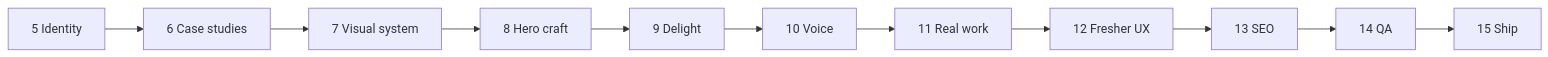
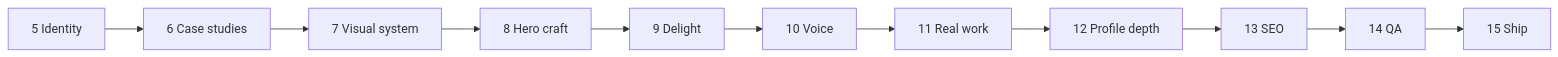
The diagram in docs/roadmap.md (SRV332003/srv333-portfolio), drawn with Mermaid before and after one commit. The commit also changed other lines of this file and 27 other files, not shown here.

First line of the commit message:
Refactor portfolio for personal rebrand and schema enhancements

````diff
--- a/docs/roadmap.md
+++ b/docs/roadmap.md
@@ -7,13 +7,13 @@
 ```mermaid
 flowchart LR
   P5[5 Identity] --> P6[6 Case studies]
   P6 --> P7[7 Visual system]
   P7 --> P8[8 Hero craft]
   P8 --> P9[9 Delight]
   P9 --> P10[10 Voice]
   P10 --> P11[11 Real work]
-  P11 --> P12[12 Fresher UX]
+  P11 --> P12[12 Profile depth]
   P12 --> P13[13 SEO]
   P13 --> P14[14 QA]
   P14 --> P15[15 Ship]
 ```
````
